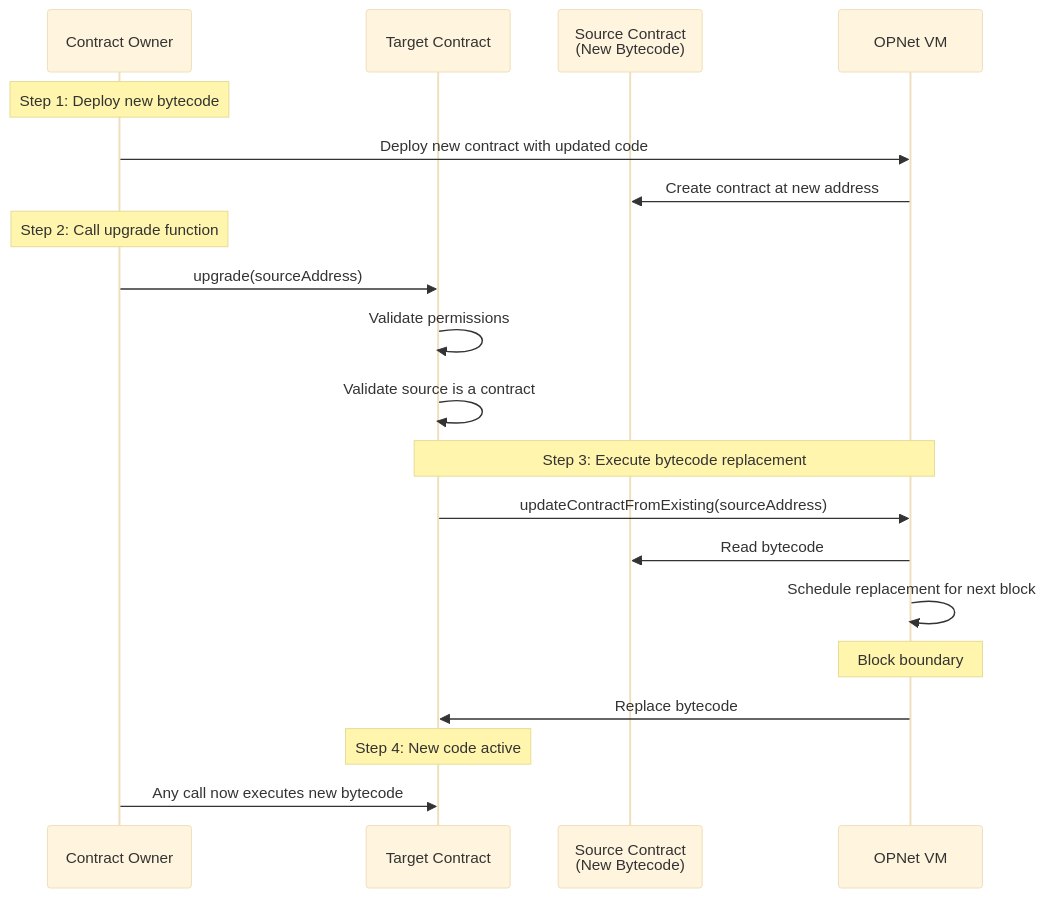
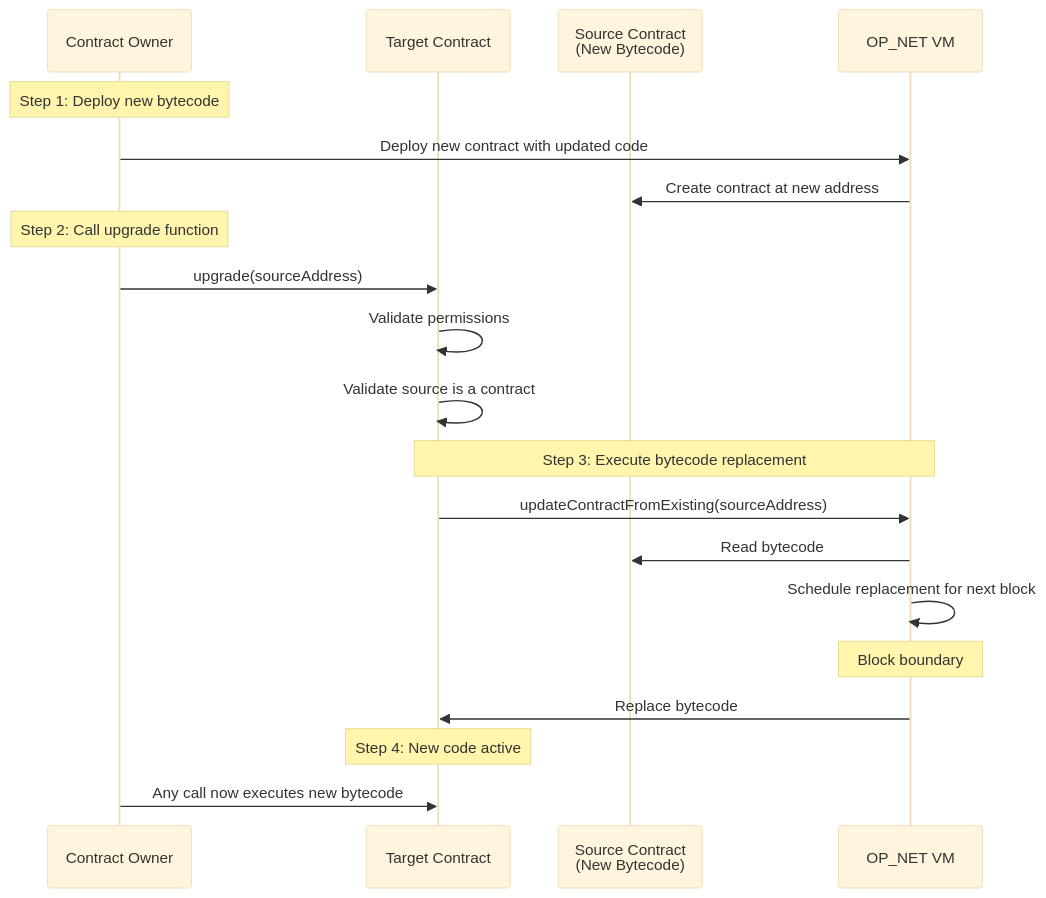
One commit to btc-vision/btc-runtime changed the first of 2 diagrams in docs/advanced/contract-upgrades.md. Above: the diagram before and after it, drawn with Mermaid (base theme). The commit also changed other lines of this file and 46 other files, not shown here.

Commit message:
Change OPNet to OP_NET

````diff
--- a/docs/advanced/contract-upgrades.md
+++ b/docs/advanced/contract-upgrades.md
@@ -20,27 +20,27 @@
 ```mermaid
 sequenceDiagram
     participant Owner as Contract Owner
     participant Target as Target Contract
     participant Source as Source Contract<br/>(New Bytecode)
-    participant VM as OPNet VM
+    participant VM as OP_NET VM
 
     Note over Owner: Step 1: Deploy new bytecode
     Owner->>VM: Deploy new contract with updated code
     VM->>Source: Create contract at new address
 
     Note over Owner: Step 2: Call upgrade function
     Owner->>Target: upgrade(sourceAddress)
     Target->>Target: Validate permissions
     Target->>Target: Validate source is a contract
 
     Note over Target,VM: Step 3: Execute bytecode replacement
     Target->>VM: updateContractFromExisting(sourceAddress)
     VM->>Source: Read bytecode
     VM->>VM: Schedule replacement for next block
 
     Note over VM: Block boundary
     VM->>Target: Replace bytecode
 
     Note over Target: Step 4: New code active
     Owner->>Target: Any call now executes new bytecode
 ```
````
